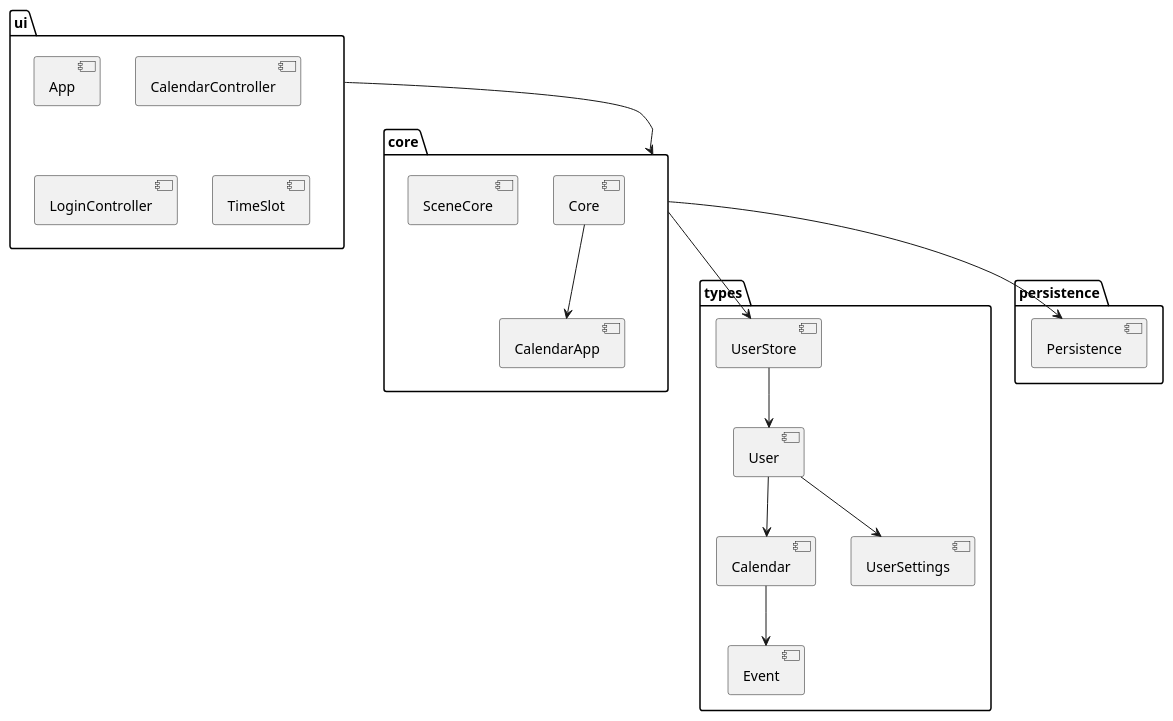
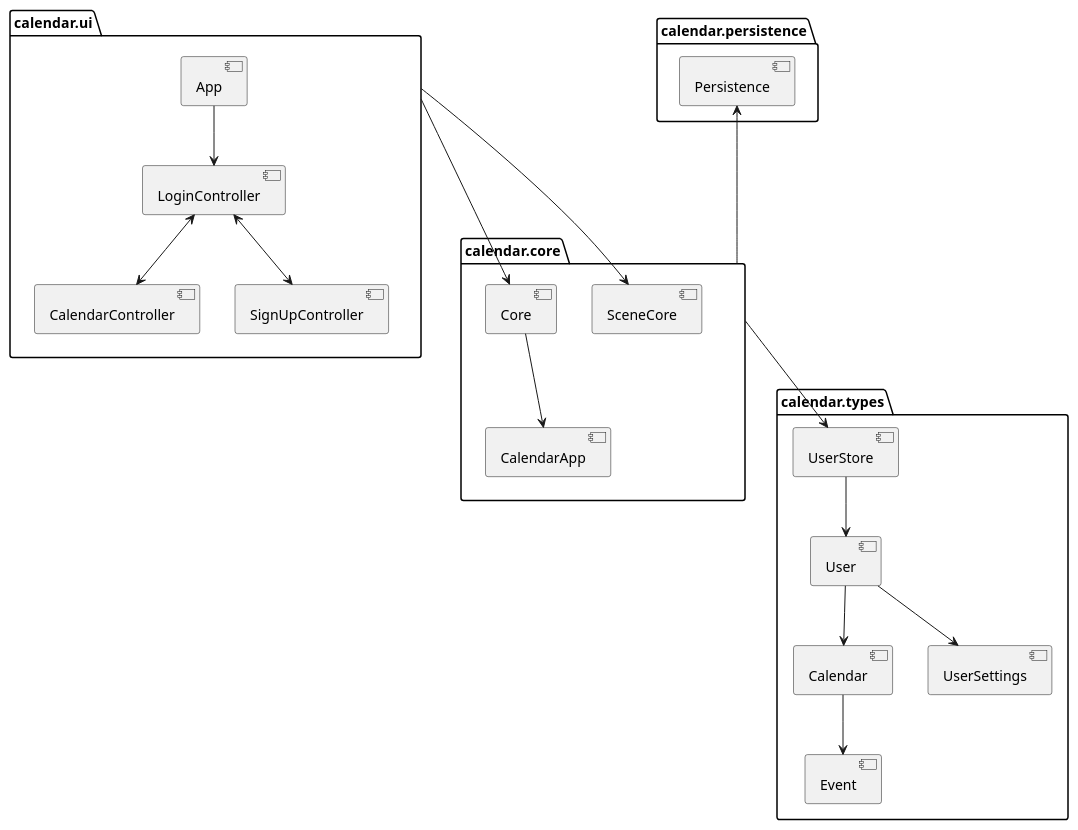
Before and after one commit to GnisterDev/JavaFX-Calendar: the diagram in docs/images/release2.plantuml, drawn with PlantUML. The commit also changed 3 other files, not shown here.

Commit message:
Updated architecture image in release2/README.md

```diff
--- a/docs/images/release2.plantuml
+++ b/docs/images/release2.plantuml
@@ -1,48 +1,51 @@
 @startuml Architecture
 
-package "ui" {
+package "calendar.ui" {
     [App]
     [CalendarController]
     [LoginController]
-    [TimeSlot]
+    [SignUpController]
 } 
 
-package "core" {
+package "calendar.core" {
     [CalendarApp]
     [Core]
     [SceneCore]
 }
 
-package "types" {
+package "calendar.types" {
     [Calendar]
     [Event]
     [User]
     [UserSettings]
     [UserStore]
 }
 
-package "persistence" {
+package "calendar.persistence" {
     [Persistence]
 }
 
 'Packages'
-core --> [Persistence]
-core --> [UserStore]
-ui --> core
+calendar.core -u--> [Persistence]
+calendar.core --> [UserStore]
+calendar.ui ---> [Core]
+calendar.ui ---> [SceneCore]
 
 
 'Types'
 [UserStore] --> [User]
 [User] --> [UserSettings]
 [User] --> [Calendar]
 [Calendar] --> [Event]
 
 'Core'
 [Core] --> [CalendarApp]
 
 'UI'
-
+[App] --> [LoginController]
+[LoginController] <--> [CalendarController]
+[LoginController] <--> [SignUpController]
 
 'Persistence'
 
 @enduml
```
